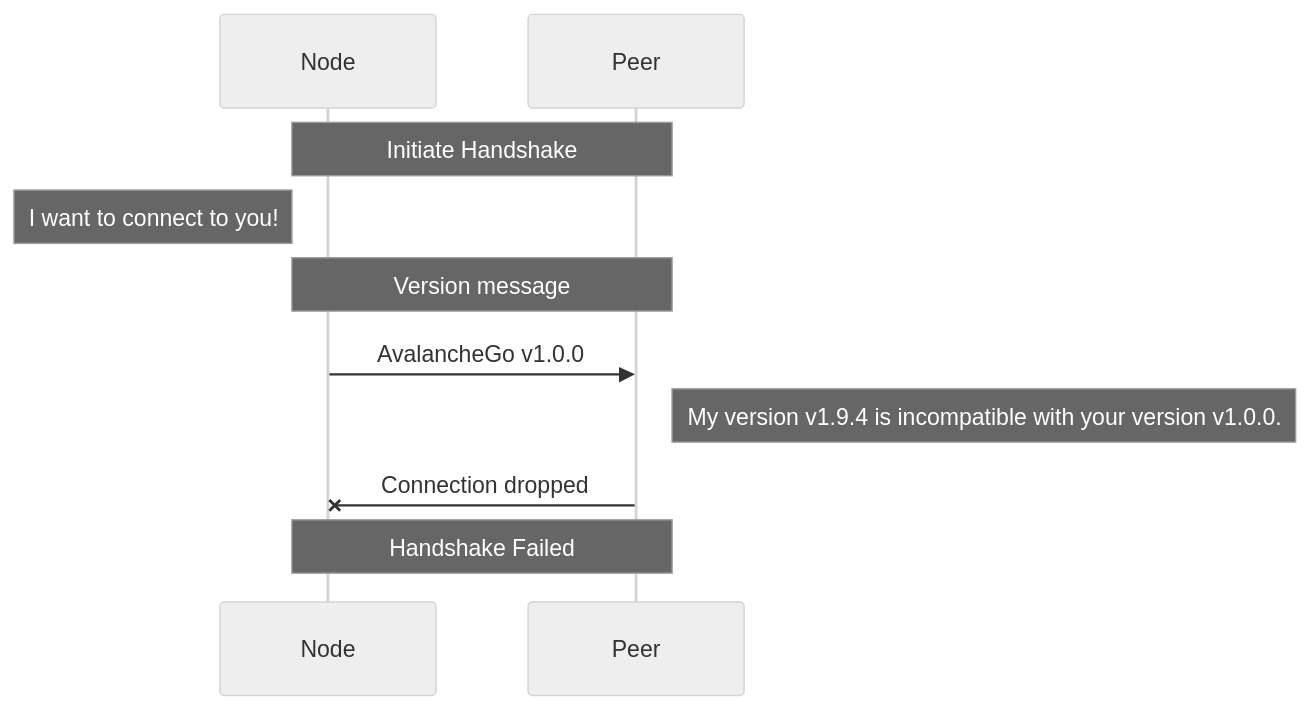
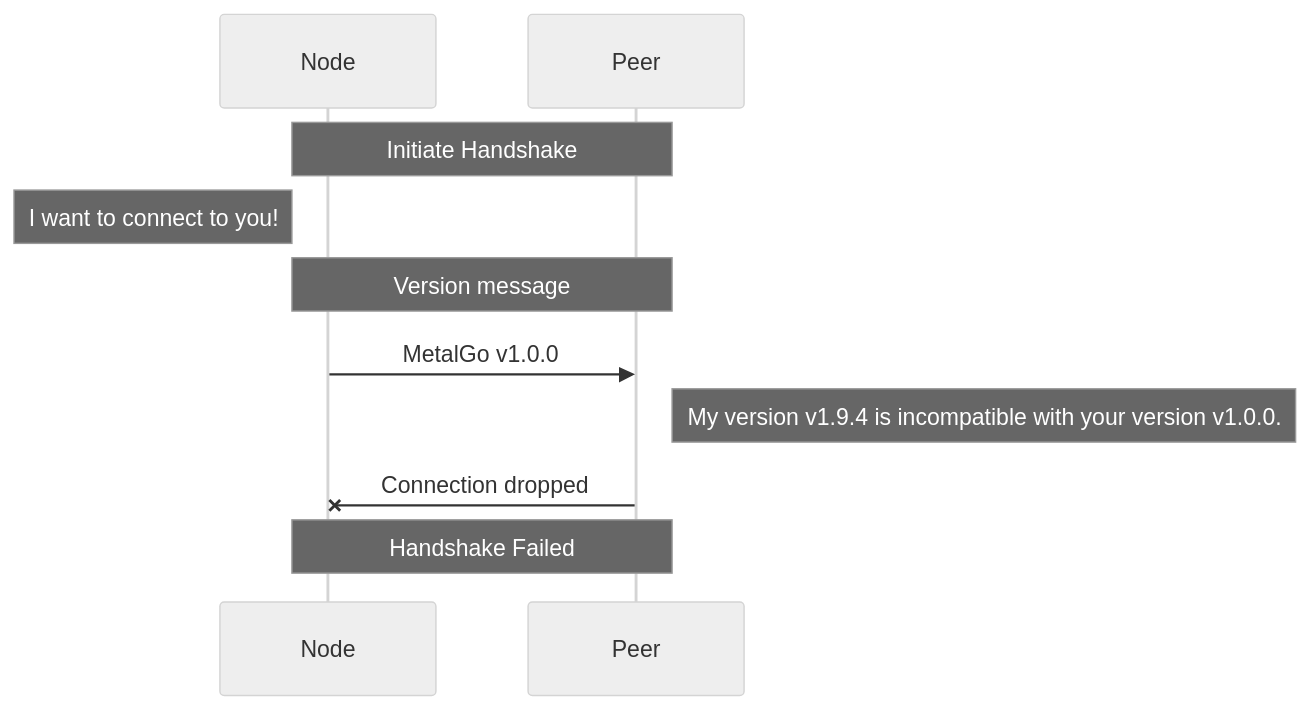
The second of 5 diagrams in network/README.md (squdgy/metalgo), drawn with Mermaid (neutral theme) before and after one commit. The commit also changed other lines of this file and 37 other files, not shown here.

````diff
--- a/network/README.md
+++ b/network/README.md
@@ -59,10 +59,10 @@
 ```mermaid
 sequenceDiagram
 Note over Node,Peer: Initiate Handshake
 Note left of Node: I want to connect to you!
 Note over Node,Peer: Version message
-Node->>Peer: AvalancheGo v1.0.0
+Node->>Peer: MetalGo v1.0.0
 Note right of Peer: My version v1.9.4 is incompatible with your version v1.0.0.
 Peer-xNode: Connection dropped
 Note over Node,Peer: Handshake Failed
 ```
````
